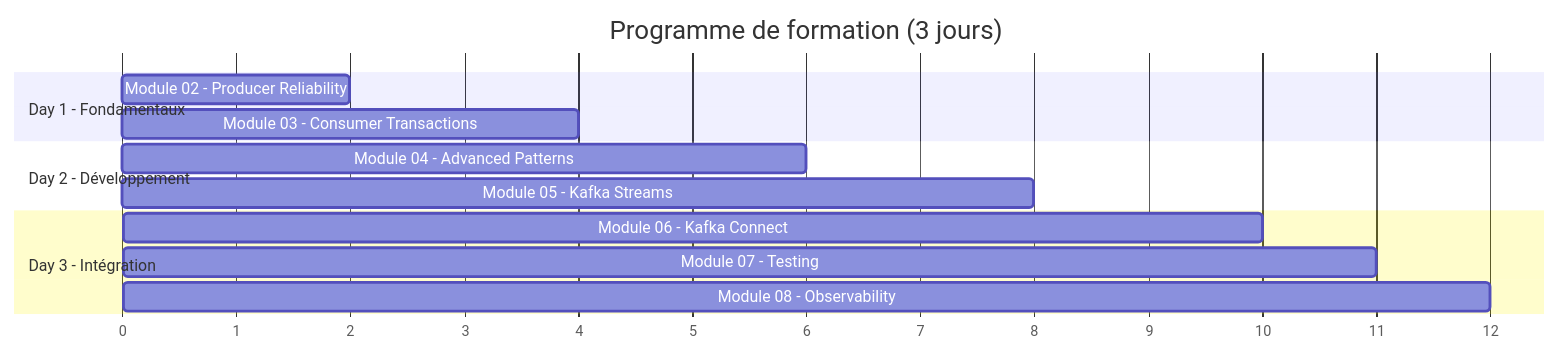
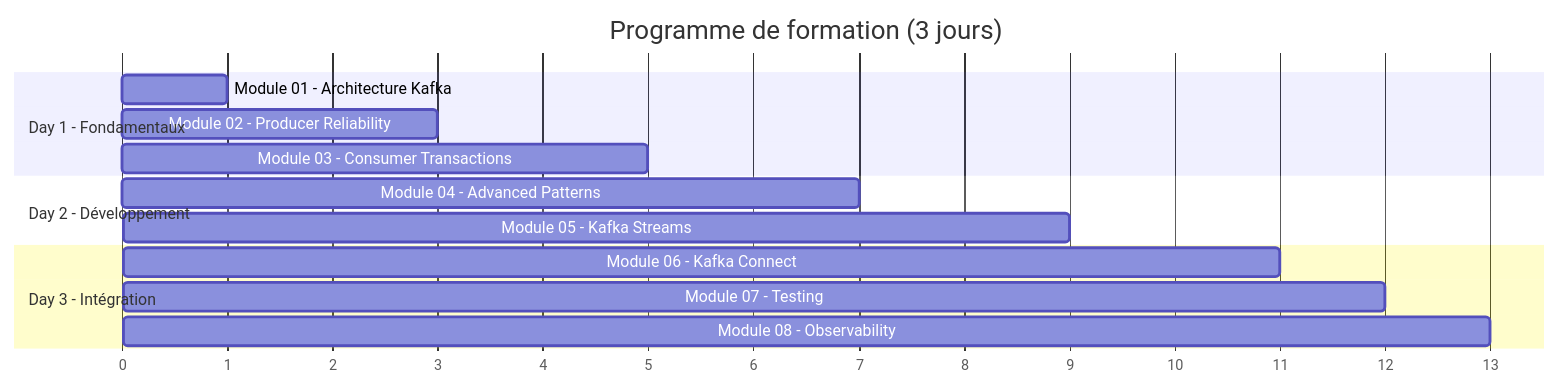
The second of 5 diagrams in formation-v2/00-overview/README.md (msellamiTN/kafka-bhf), drawn with Mermaid before and after one commit. The commit also changed other lines of this file, not shown here.

Commit message:
docs: add Module 01 (Architecture Kafka) to overview and learning path

````diff
--- a/formation-v2/00-overview/README.md
+++ b/formation-v2/00-overview/README.md
@@ -47,19 +47,20 @@
 ```mermaid
 gantt
     title Programme de formation (3 jours)
     dateFormat X
     axisFormat %s
     
     section Day 1 - Fondamentaux
-    Module 02 - Producer Reliability    :m02, 0, 2
-    Module 03 - Consumer Transactions   :m03, 2, 4
+    Module 01 - Architecture Kafka      :m01, 0, 1
+    Module 02 - Producer Reliability    :m02, 1, 3
+    Module 03 - Consumer Transactions   :m03, 3, 5
     
     section Day 2 - Développement
-    Module 04 - Advanced Patterns       :m04, 4, 6
-    Module 05 - Kafka Streams           :m05, 6, 8
+    Module 04 - Advanced Patterns       :m04, 5, 7
+    Module 05 - Kafka Streams           :m05, 7, 9
     
     section Day 3 - Intégration
-    Module 06 - Kafka Connect           :m06, 8, 10
-    Module 07 - Testing                 :m07, 10, 11
-    Module 08 - Observability           :m08, 11, 12
+    Module 06 - Kafka Connect           :m06, 9, 11
+    Module 07 - Testing                 :m07, 11, 12
+    Module 08 - Observability           :m08, 12, 13
 ```
````
